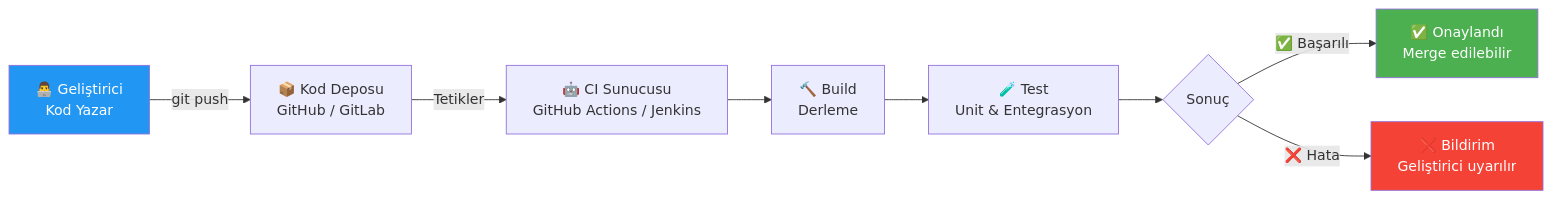
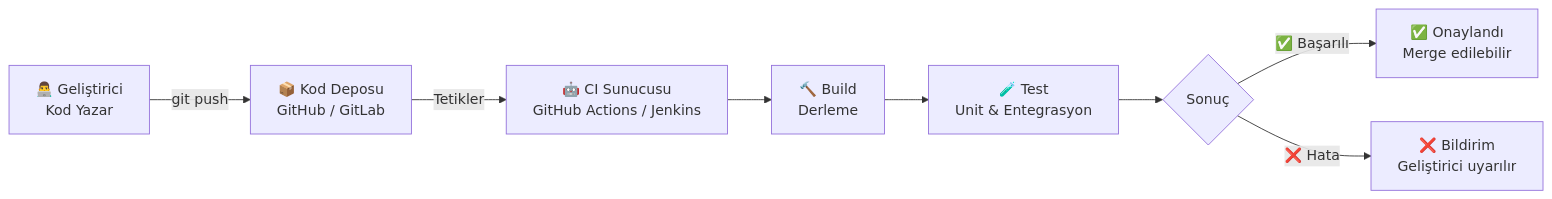
One commit to serkanMzlm/MechatronicsNotebook changed the second of 4 diagrams in tech_notebook/docs/md/programming/compiler.md. Above: the diagram before and after it, drawn with Mermaid. The commit also changed other lines of this file and 2 other files, not shown here.

````diff
--- a/tech_notebook/docs/md/programming/compiler.md
+++ b/tech_notebook/docs/md/programming/compiler.md
@@ -467,14 +310,11 @@
 ```mermaid
 graph LR
     A["👨‍💻 Geliştirici\nKod Yazar"] -->|"git push"| B["📦 Kod Deposu\nGitHub / GitLab"]
     B -->|"Tetikler"| C["🤖 CI Sunucusu\nGitHub Actions / Jenkins"]
     C --> D["🔨 Build\nDerleme"]
     D --> E["🧪 Test\nUnit & Entegrasyon"]
     E --> F{Sonuç}
     F -->|"✅ Başarılı"| G["✅ Onaylandı\nMerge edilebilir"]
     F -->|"❌ Hata"| H["❌ Bildirim\nGeliştirici uyarılır"]
 
-    style A fill:#2196F3,color:#fff
-    style G fill:#4CAF50,color:#fff
-    style H fill:#F44336,color:#fff
 ```
````
